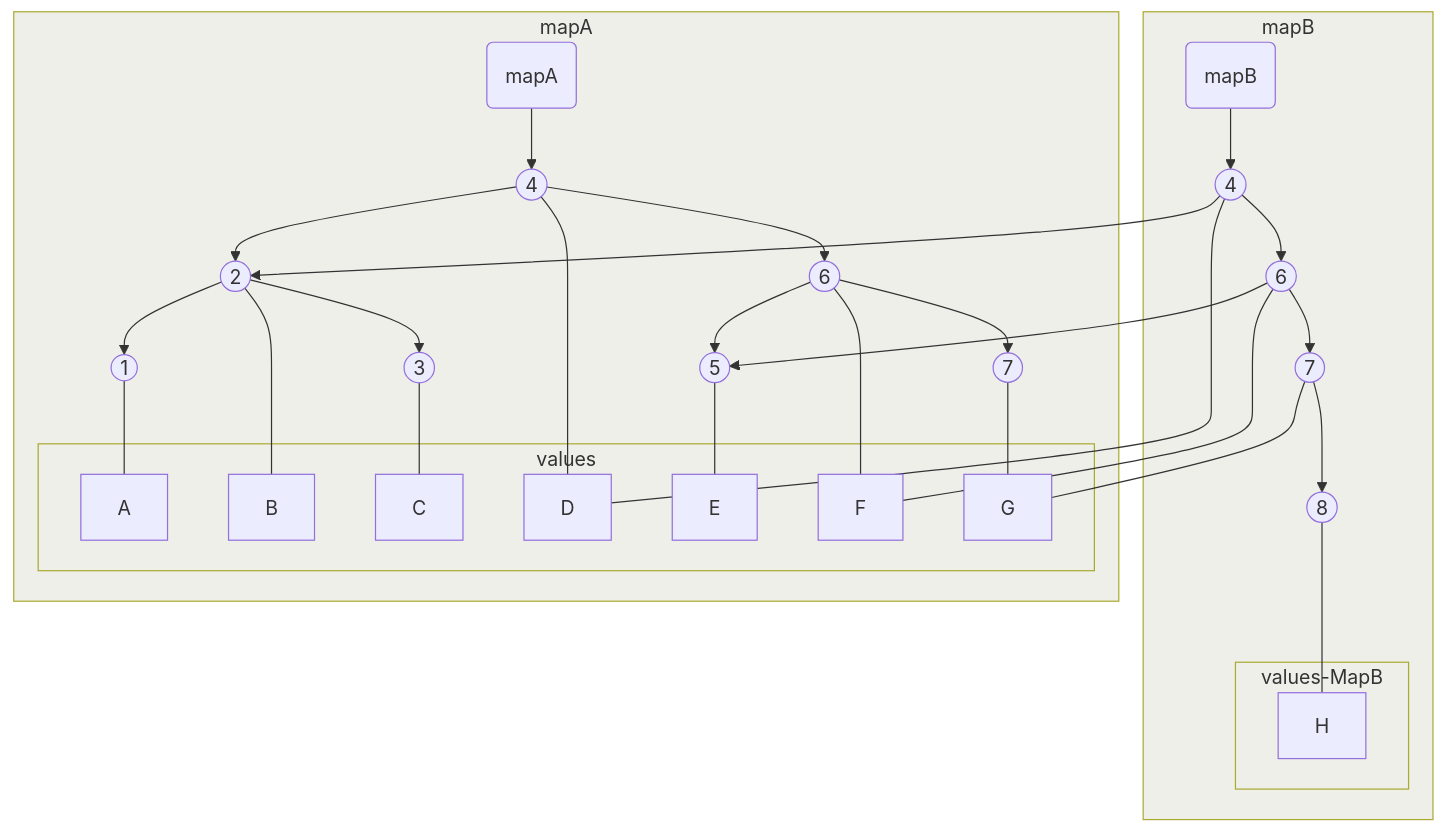
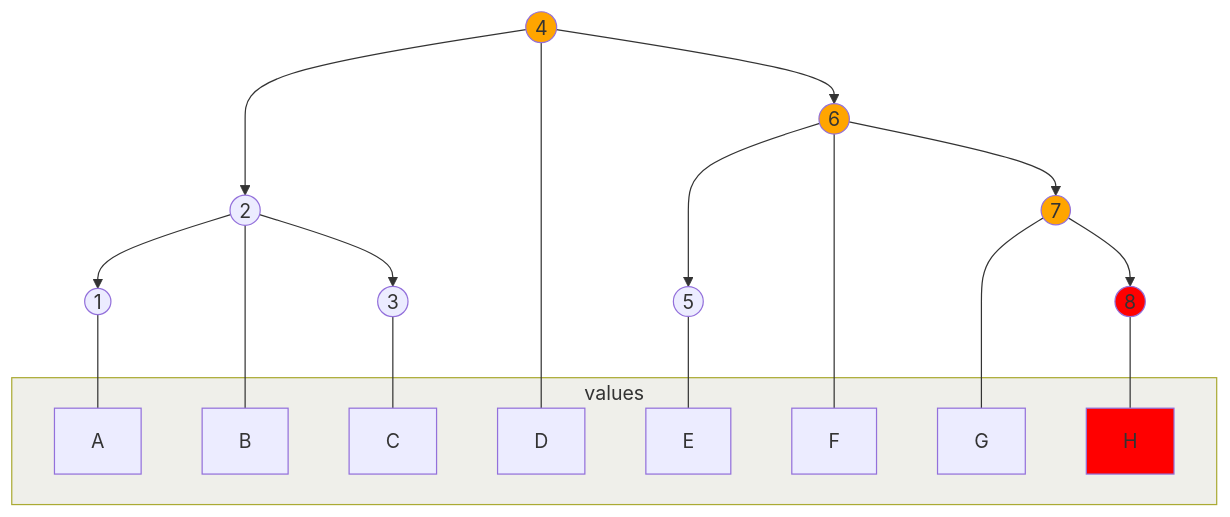
Before and after one commit to jindraivanek/talks: the sixth of 6 diagrams in 2024-devtalks-data-structures/slides.md, drawn with Mermaid. The commit also changed other lines of this file and 1 other file, not shown here.

````diff
--- a/2024-devtalks-data-structures/slides.md
+++ b/2024-devtalks-data-structures/slides.md
@@ -355,56 +383,45 @@
 ```mermaid
 graph TD
 classDef cluster fill:#efefea
-subgraph smapA["mapA"]
-mapA("mapA") --> 4
 1(("1"))
 2(("2"))
 3(("3"))
 4(("4"))
 5(("5"))
 6(("6"))
 7(("7"))
 2 --> 1
 2 --> 3
 4 --> 2
 4 --> 6
 6 --> 5
 6 --> 7
 subgraph values
 A
 B
 C
 D
 E
 F
 G
+H
 end
 1 --- A
 2 --- B
 3 --- C
 4 --- D
 5 --- E
 6 --- F
 7 --- G
-end
-subgraph smapB["mapB"]
-4b(("4"))
-6b(("6"))
-7b(("7"))
+
 8b(("8"))
-4b --> 2
-4b --> 6b
-6b --> 5
-6b --> 7b
-7b --> 8b
-mapB("mapB") --> 4b
-subgraph values-MapB
-H
-end
-end
+7 --> 8b
+8b --- H
 
-4b --- D
-6b --- F
-7b --- G
-8b --- H
+style 4 fill: orange
+style 6 fill: orange
+style 7 fill: orange
+style 8b fill: red
+style H fill: red
+
 ```
````
